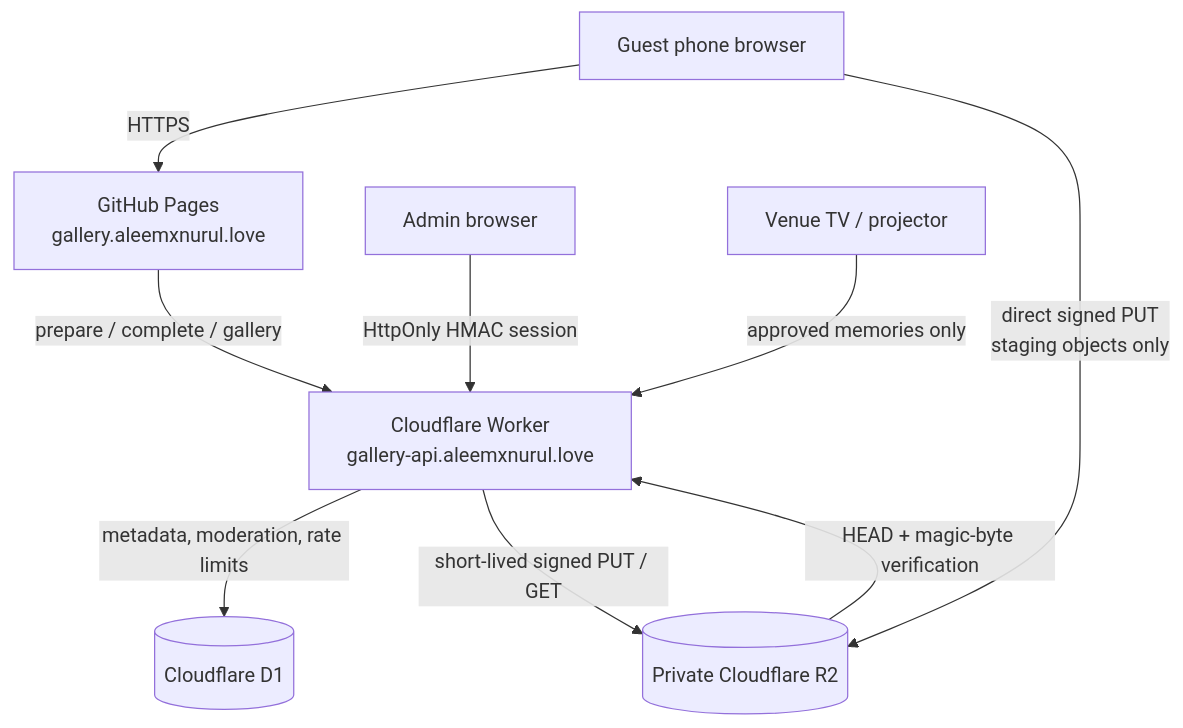
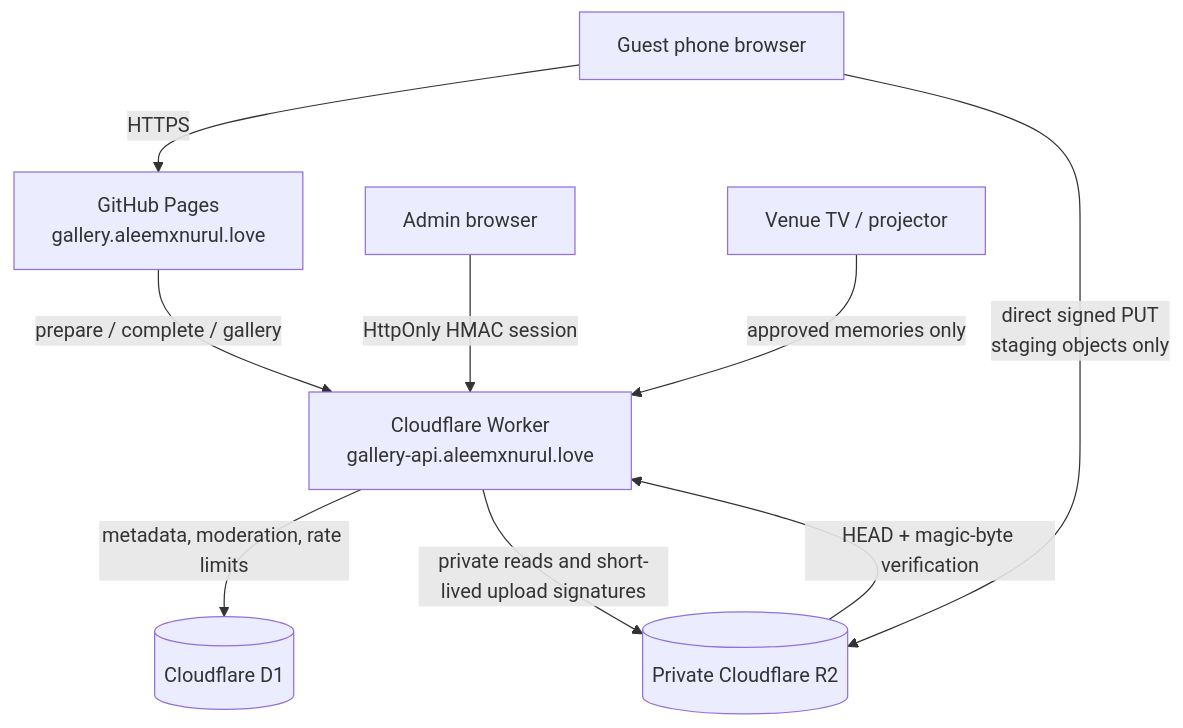
Before and after one commit to SeaBoiii/our_gallery: the diagram in README.md, drawn with Mermaid. The commit also changed other lines of this file and 68 other files, not shown here.

````diff
--- a/README.md
+++ b/README.md
@@ -30,11 +30,11 @@
 ```mermaid
 flowchart TD
   Guest[Guest phone browser] -->|HTTPS| Pages[GitHub Pages\ngallery.aleemxnurul.love]
   Pages -->|prepare / complete / gallery| Worker[Cloudflare Worker\ngallery-api.aleemxnurul.love]
   Worker -->|metadata, moderation, rate limits| D1[(Cloudflare D1)]
-  Worker -->|short-lived signed PUT / GET| R2[(Private Cloudflare R2)]
+  Worker -->|private reads and short-lived upload signatures| R2[(Private Cloudflare R2)]
   Guest -->|direct signed PUT\nstaging objects only| R2
   R2 -->|HEAD + magic-byte verification| Worker
   Admin[Admin browser] -->|HttpOnly HMAC session| Worker
   Live[Venue TV / projector] -->|approved memories only| Worker
 ```
````
